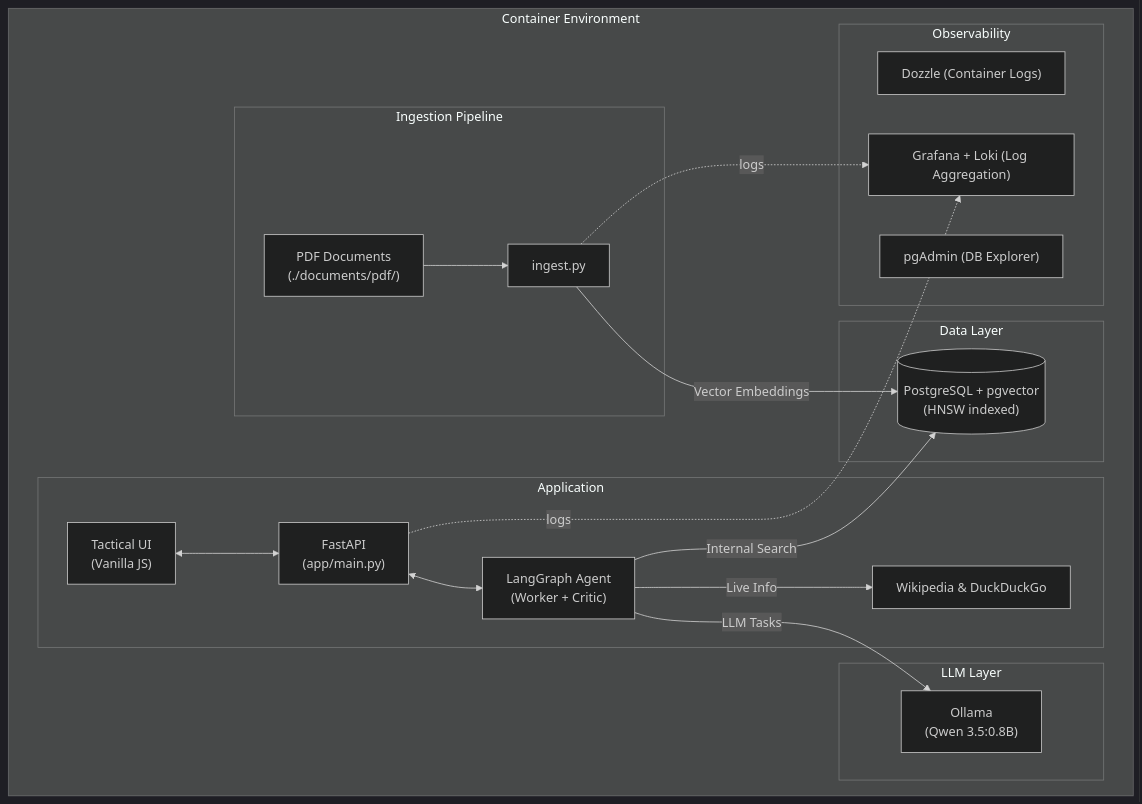
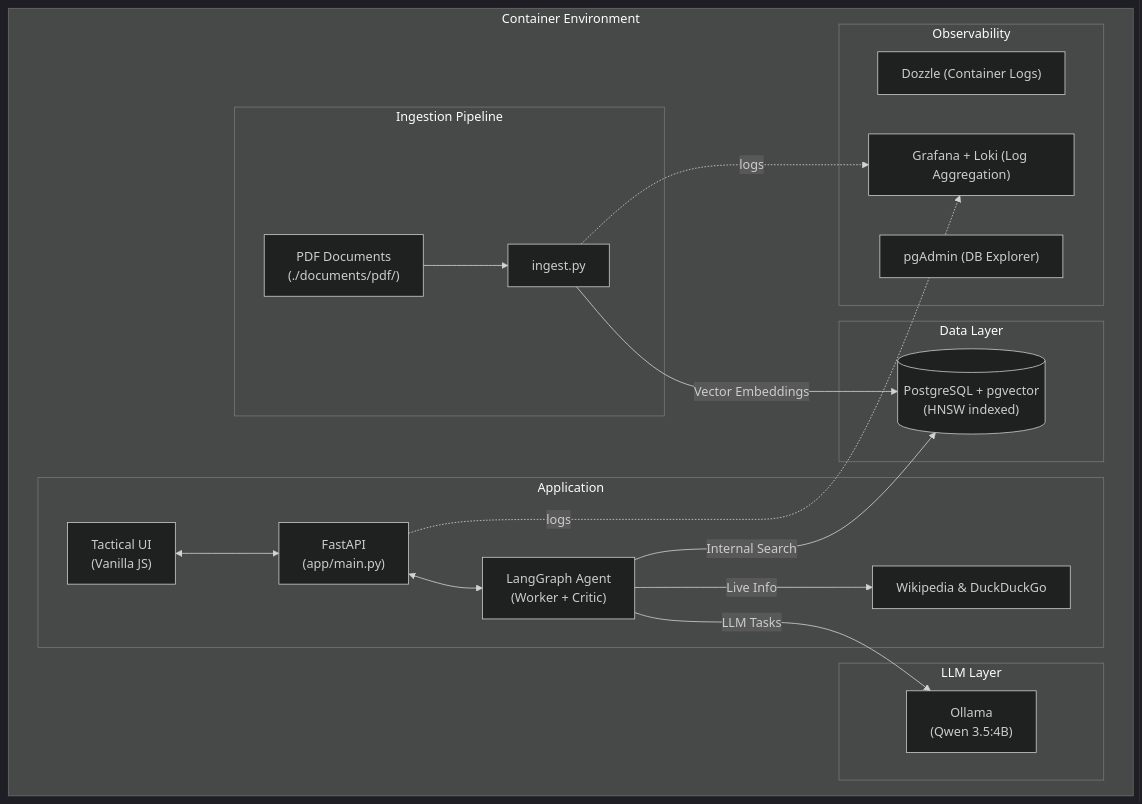
The diagram in README.md (fbaierl/geo-vision-lab), drawn with Mermaid before and after one commit. The commit also changed other lines of this file and 4 other files, not shown here.

````diff
--- a/README.md
+++ b/README.md
@@ -41,35 +41,35 @@
 ```mermaid
 %%{init: {'theme': 'dark'}}%%
 graph TD
     subgraph Docker ["Container Environment"]
         subgraph Data ["Data Layer"]
             PG[("PostgreSQL + pgvector\n(HNSW indexed)")]
         end
 
         subgraph LLM ["LLM Layer"]
-            OL["Ollama\n(Qwen 3.5:0.8B)"]
+            OL["Ollama\n(Qwen 3.5:4B)"]
         end
 
         subgraph Ingestion ["Ingestion Pipeline"]
             PDF["PDF Documents\n(./documents/pdf/)"] --> ING["ingest.py"]
             ING -->|"Vector Embeddings"| PG
         end
 
         subgraph App ["Application"]
             UI["Tactical UI\n(Vanilla JS)"] <--> API["FastAPI\n(app/main.py)"]
             API <--> AGENT["LangGraph Agent\n(Worker + Critic)"]
             AGENT -->|"Internal Search"| PG
             AGENT -->|"LLM Tasks"| OL
             AGENT -->|"Live Info"| WEB["Wikipedia & DuckDuckGo"]
         end
 
         subgraph Ops ["Observability"]
             DZ["Dozzle (Container Logs)"]
             GF["Grafana + Loki (Log Aggregation)"]
             PA["pgAdmin (DB Explorer)"]
         end
     end
 
     API -.->|"logs"| GF
     ING -.->|"logs"| GF
 ```
````
